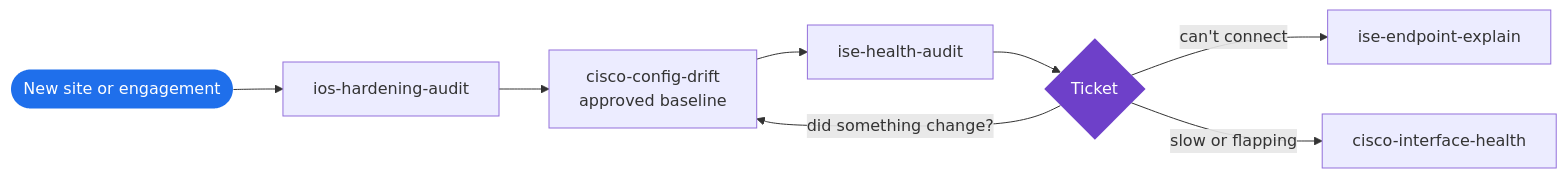
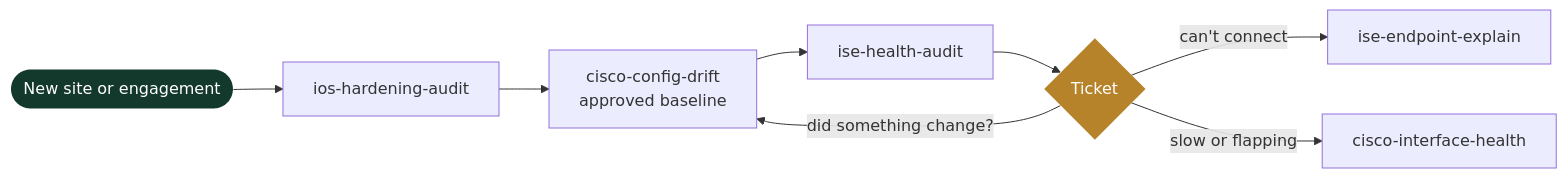
Before and after one commit to a-ayrapetov/a-ayrapetov: the diagram in README.md, drawn with Mermaid. The commit also changed other lines of this file and 2 other files, not shown here.

````diff
--- a/README.md
+++ b/README.md
@@ -51,12 +77,12 @@
 ```mermaid
 flowchart LR
   A([New site or engagement]) --> B[ios-hardening-audit]
   B --> C[cisco-config-drift<br/>approved baseline]
   C --> D[ise-health-audit]
   D --> E{Ticket}
   E -->|can't connect| F[ise-endpoint-explain]
   E -->|slow or flapping| G[cisco-interface-health]
   E -->|"did something change?"| C
-  style A fill:#1f6feb,color:#fff,stroke:none
-  style E fill:#6e40c9,color:#fff,stroke:none
+  style A fill:#13392d,color:#fff,stroke:none
+  style E fill:#b7832a,color:#fff,stroke:none
 ```
````
